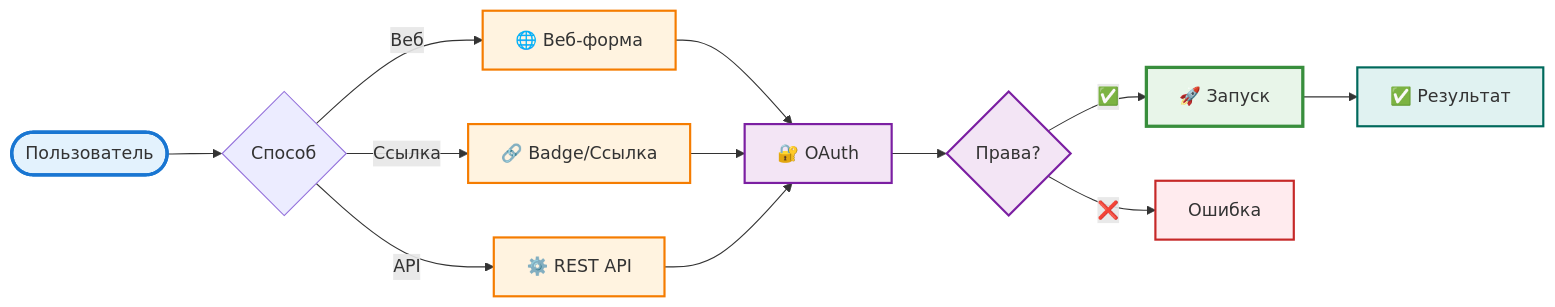
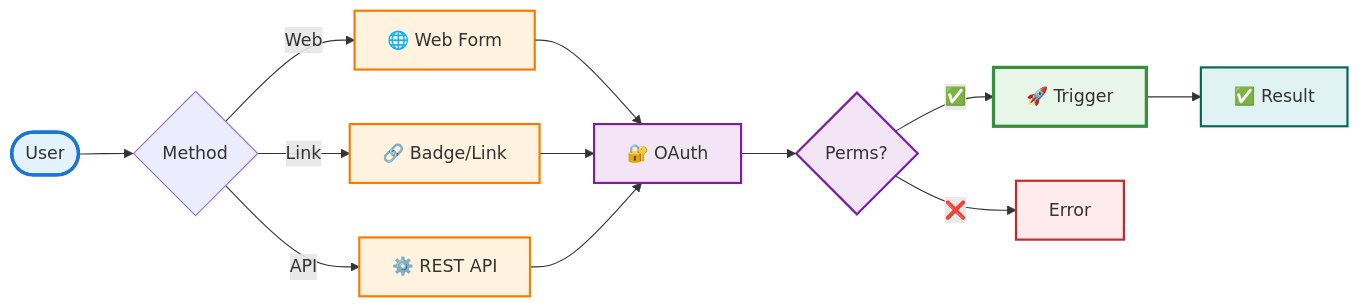
One commit to ydb-platform/github_action_executor changed the first of 3 diagrams in README.md. Above: the diagram before and after it, drawn with Mermaid. The commit also changed other lines of this file and 3 other files, not shown here.

````diff
--- a/README.md
+++ b/README.md
@@ -22,32 +22,32 @@
 ```mermaid
 flowchart LR
-    User([Пользователь]) --> Method{Способ}
+    User([User]) --> Method{Method}
     
-    Method -->|Веб| WebUI[🌐 Веб-форма]
-    Method -->|Ссылка| DirectLink[🔗 Badge/Ссылка]
+    Method -->|Web| WebUI[🌐 Web Form]
+    Method -->|Link| DirectLink[🔗 Badge/Link]
     Method -->|API| API[⚙️ REST API]
     
     WebUI --> Auth[🔐 OAuth]
     DirectLink --> Auth
     API --> Auth
     
-    Auth --> Check{Права?}
-    Check -->|✅| Trigger[🚀 Запуск]
-    Check -->|❌| Error[Ошибка]
+    Auth --> Check{Perms?}
+    Check -->|✅| Trigger[🚀 Trigger]
+    Check -->|❌| Error[Error]
     
-    Trigger --> Result[✅ Результат]
+    Trigger --> Result[✅ Result]
     
     classDef user fill:#e3f2fd,stroke:#1976d2,stroke-width:3px
     classDef method fill:#fff3e0,stroke:#f57c00,stroke-width:2px
     classDef auth fill:#f3e5f5,stroke:#7b1fa2,stroke-width:2px
     classDef trigger fill:#e8f5e9,stroke:#388e3c,stroke-width:3px
     classDef result fill:#e0f2f1,stroke:#00695c,stroke-width:2px
     classDef error fill:#ffebee,stroke:#c62828,stroke-width:2px
     
     class User user
     class WebUI,DirectLink,API method
     class Auth,Check auth
     class Trigger trigger
     class Result result
     class Error error
 ```
````
